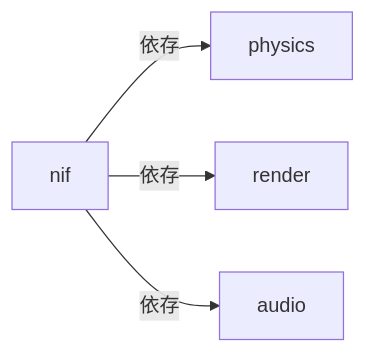
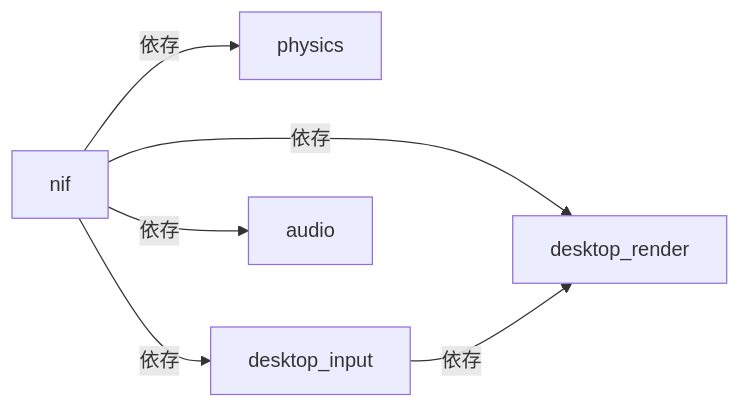
One commit to FRICK-ELDY/alchemy-engine changed the first of 2 diagrams in docs/architecture/rust/nif.md. Above: the diagram before and after it, drawn with Mermaid. The commit also changed other lines of this file and 16 other files, not shown here.

````diff
--- a/docs/architecture/rust/nif.md
+++ b/docs/architecture/rust/nif.md
@@ -11,11 +11,14 @@
 ```mermaid
 graph LR
     GN[nif]
     GS[physics]
-    GR[render]
+    GR[desktop_render]
+    GI[desktop_input]
     GA[audio]
 
     GN -->|依存| GS
     GN -->|依存| GR
+    GN -->|依存| GI
     GN -->|依存| GA
+    GI -->|依存| GR
 ```
````
